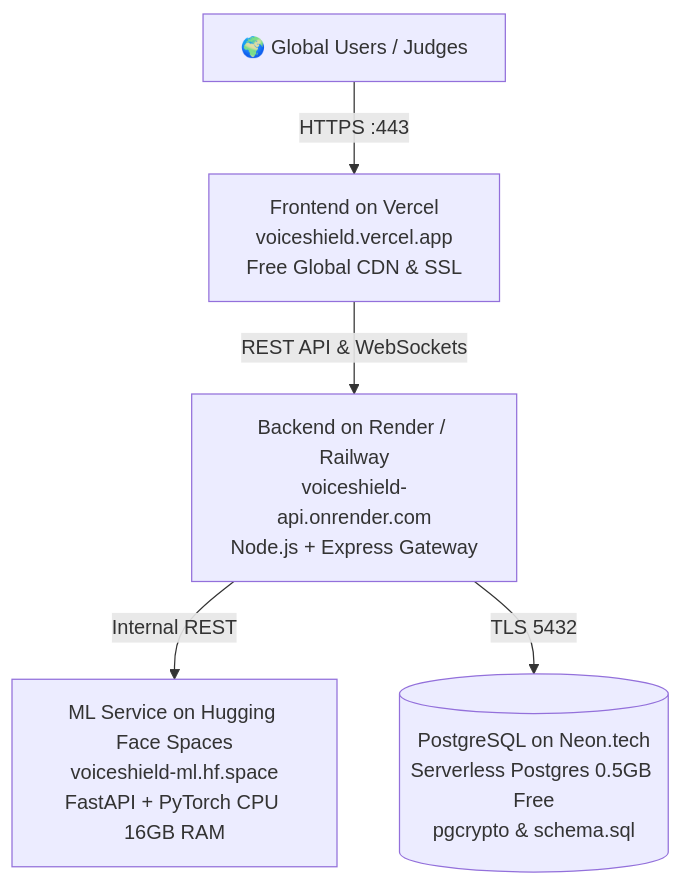
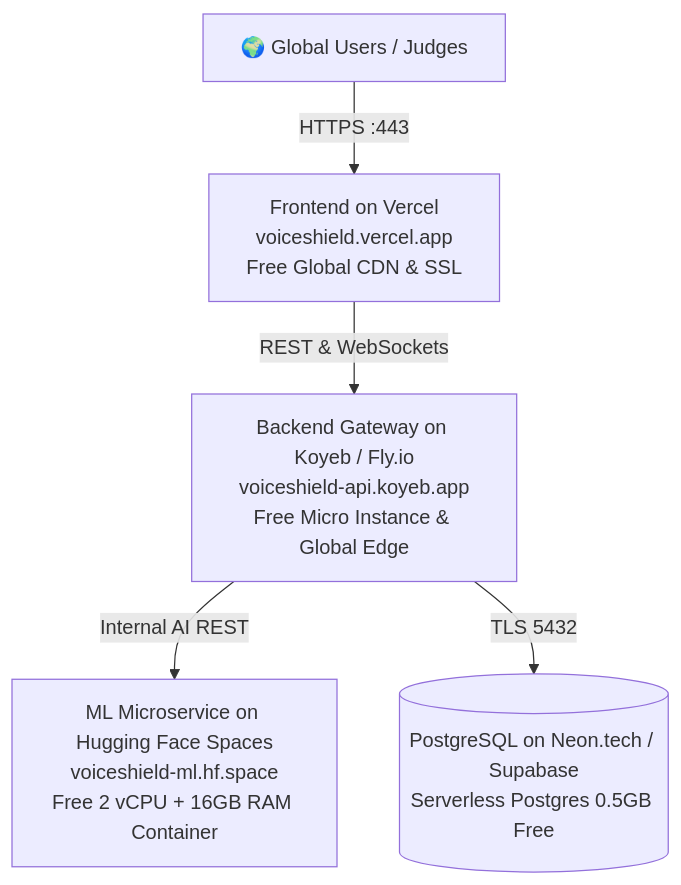
One commit to Arvindkumar4545/AI-REALVOICE-CLONING changed the diagram in PRODUCTION_FREE_DEPLOYMENT_AUDIT.md. Above: the diagram before and after it, drawn with Mermaid. The commit also changed other lines of this file, not shown here.

Commit message:
docs: add Koyeb, Hugging Face, Vercel, and Oracle Cloud free tier deployment blueprints

````diff
--- a/PRODUCTION_FREE_DEPLOYMENT_AUDIT.md
+++ b/PRODUCTION_FREE_DEPLOYMENT_AUDIT.md
@@ -10,7 +10,7 @@
 ```mermaid
 flowchart TB
     User[🌍 Global Users / Judges] -->|HTTPS :443| Vercel[Frontend on Vercel\nvoiceshield.vercel.app\nFree Global CDN & SSL]
-    Vercel -->|REST API & WebSockets| RenderBackend[Backend on Render / Railway\nvoiceshield-api.onrender.com\nNode.js + Express Gateway]
-    RenderBackend -->|Internal REST| HF_ML[ML Service on Hugging Face Spaces\nvoiceshield-ml.hf.space\nFastAPI + PyTorch CPU 16GB RAM]
-    RenderBackend -->|TLS 5432| NeonDB[(PostgreSQL on Neon.tech\nServerless Postgres 0.5GB Free\npgcrypto & schema.sql)]
+    Vercel -->|REST & WebSockets| Koyeb[Backend Gateway on Koyeb / Fly.io\nvoiceshield-api.koyeb.app\nFree Micro Instance & Global Edge]
+    Koyeb -->|Internal AI REST| HF_ML[ML Microservice on Hugging Face Spaces\nvoiceshield-ml.hf.space\nFree 2 vCPU + 16GB RAM Container]
+    Koyeb -->|TLS 5432| NeonDB[(PostgreSQL on Neon.tech / Supabase\nServerless Postgres 0.5GB Free)]
 ```
````
